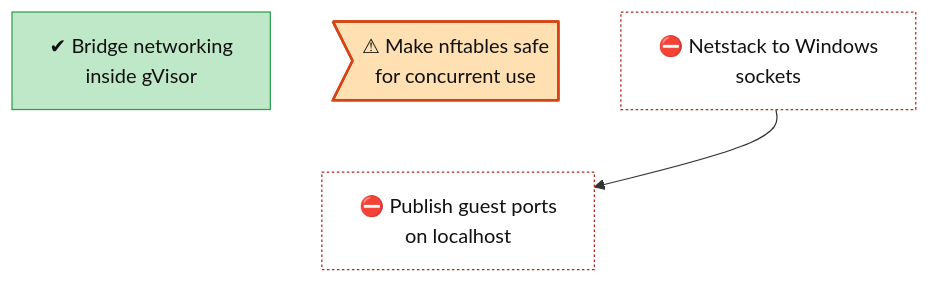
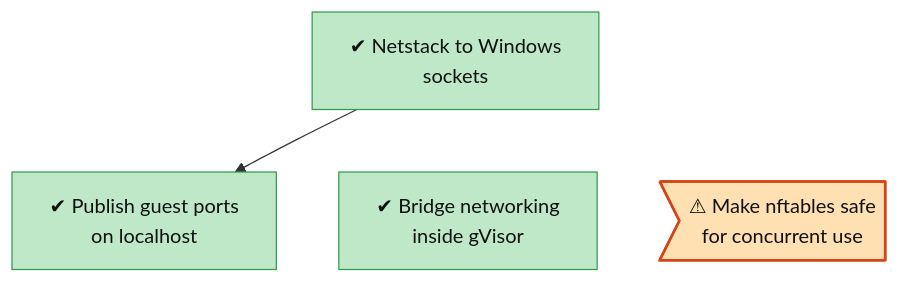
Before and after one commit to lhns/gvisor-windows: the diagram in docs/roadmap/tracks/net.md, drawn with Mermaid. The commit also changed other lines of this file and 6 other files, not shown here.

Commit message:
Record the Windows network result (2), ADR 0014, roadmap nodes

````diff
--- a/docs/roadmap/tracks/net.md
+++ b/docs/roadmap/tracks/net.md
@@ -10,28 +10,27 @@
 ```mermaid
 flowchart TB
+    net_netstack_windows_link["✔ Netstack to Windows<br/>sockets"]
+    net_port_forwarding["✔ Publish guest ports<br/>on localhost"]
     net_bridge_networking["✔ Bridge networking<br/>inside gVisor"]
     net_nftables_thread_safety>"⚠ Make nftables safe<br/>for concurrent use"]
-    net_netstack_windows_link["⛔ Netstack to Windows<br/>sockets"]
-    net_port_forwarding["⛔ Publish guest ports<br/>on localhost"]
-    net_bridge_networking ~~~ net_port_forwarding
-    net_nftables_thread_safety ~~~ net_port_forwarding
     net_netstack_windows_link ~~~ net_port_forwarding
+    net_netstack_windows_link ~~~ net_bridge_networking
+    net_netstack_windows_link ~~~ net_nftables_thread_safety
     net_netstack_windows_link --> net_port_forwarding
     classDef vsucc fill:#2e9e4f,stroke:#1b6b34,color:#fff
     classDef succ fill:#bfe8c8,stroke:#2e9e4f,color:#111
     classDef mixed fill:#ffd37a,stroke:#c98a00,color:#111
     classDef bad fill:#f28b82,stroke:#b3261e,color:#111
     classDef dead fill:#e6e6e6,stroke:#777,stroke-dasharray:5 5,color:#555
     classDef inprog fill:#a8cdf5,stroke:#1f6fc5,color:#111
     classDef next fill:#fff,stroke:#333,color:#111
     classDef blocked fill:#fff,stroke:#b3261e,stroke-dasharray:2 2,color:#111
     classDef parked fill:#f3f3f3,stroke:#999,color:#555
     classDef unrated fill:#fff,stroke:#333,stroke-dasharray:1 3,color:#111
     classDef gate fill:#d9c2f0,stroke:#7b3fb5,color:#111
     classDef decided fill:#ece0f7,stroke:#7b3fb5,stroke-dasharray:2 2,color:#111
     classDef finding fill:#ffe0b2,stroke:#d84315,stroke-width:2px,color:#111
     classDef waiting fill:#e3f2fd,stroke:#1f6fc5,stroke-dasharray:5 5,color:#111
-    class net_bridge_networking succ
+    class net_netstack_windows_link,net_port_forwarding,net_bridge_networking succ
     class net_nftables_thread_safety finding
-    class net_netstack_windows_link,net_port_forwarding blocked
 ```
````
